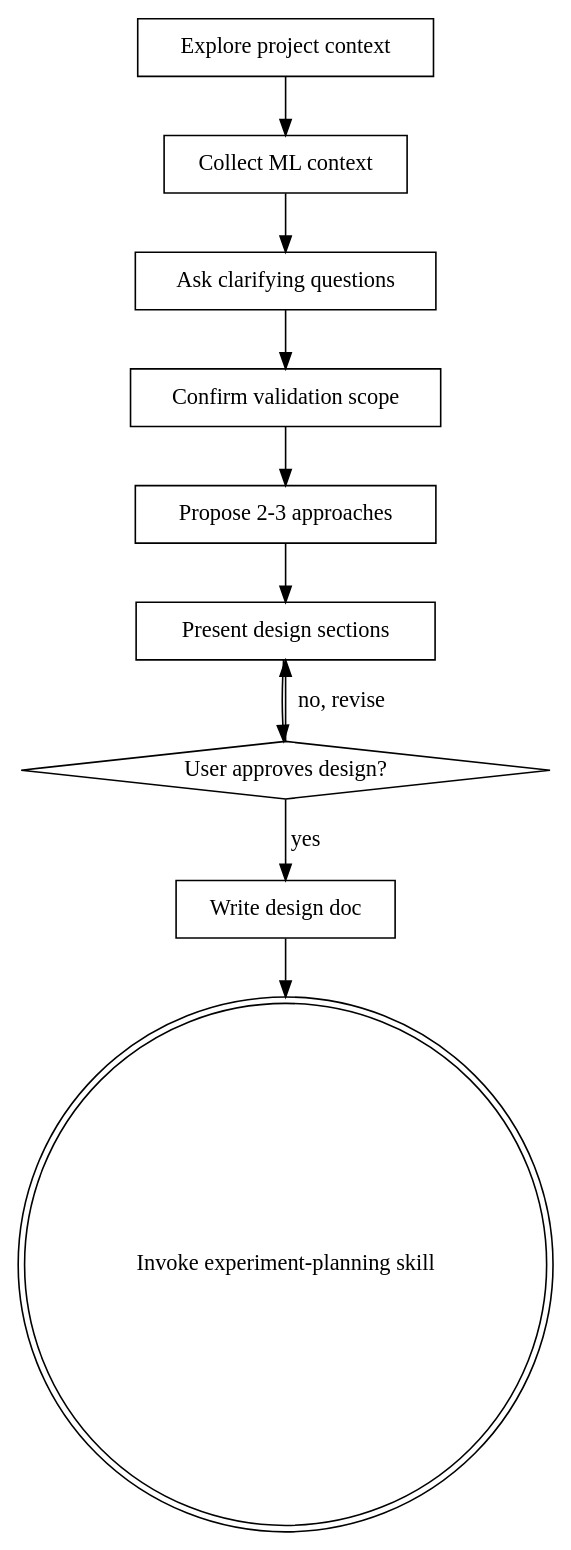
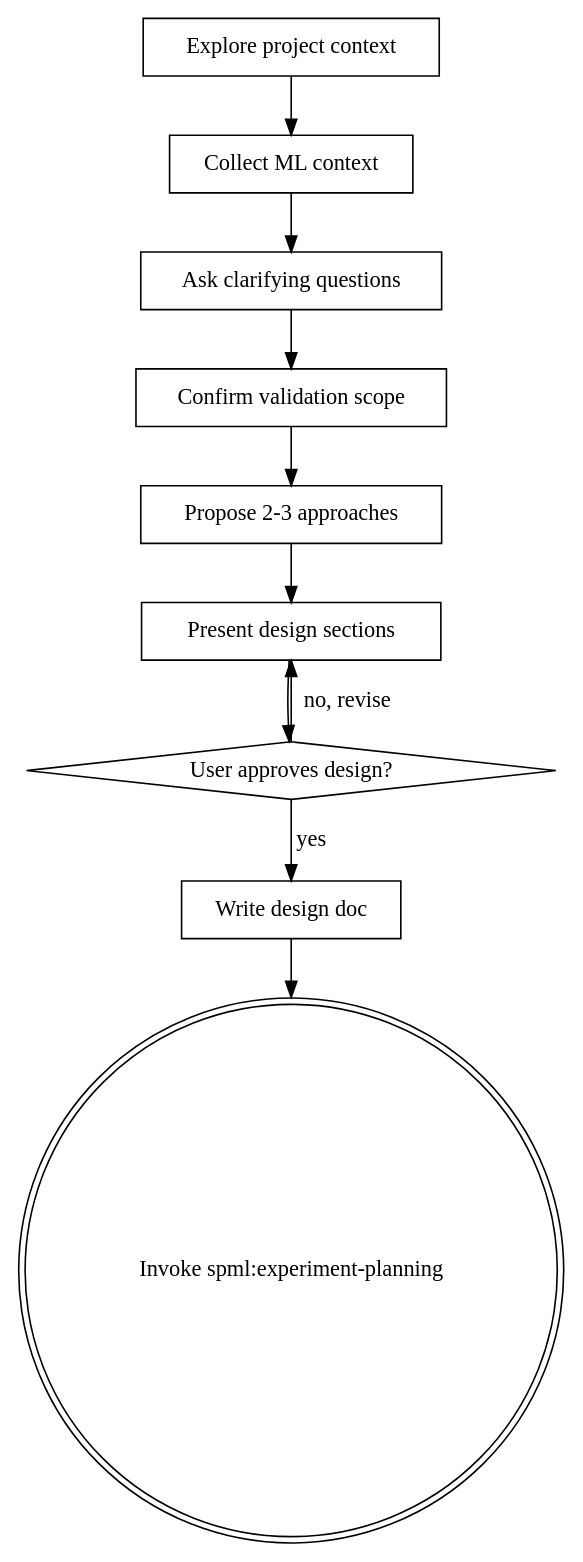
Before and after one commit to qqhard/superpowers-ML: the diagram in skills/brainstorming/SKILL.md, drawn with Graphviz. The commit also changed other lines of this file and 3 other files, not shown here.

First line of the commit message:
fix: add spml: prefix to all skill invocation references

````diff
--- a/skills/brainstorming/SKILL.md
+++ b/skills/brainstorming/SKILL.md
@@ -39,23 +39,23 @@
 ```dot
 digraph ml_brainstorming {
     "Explore project context" [shape=box];
     "Collect ML context" [shape=box];
     "Ask clarifying questions" [shape=box];
     "Confirm validation scope" [shape=box];
     "Propose 2-3 approaches" [shape=box];
     "Present design sections" [shape=box];
     "User approves design?" [shape=diamond];
     "Write design doc" [shape=box];
-    "Invoke experiment-planning skill" [shape=doublecircle];
+    "Invoke spml:experiment-planning" [shape=doublecircle];
 
     "Explore project context" -> "Collect ML context";
     "Collect ML context" -> "Ask clarifying questions";
     "Ask clarifying questions" -> "Confirm validation scope";
     "Confirm validation scope" -> "Propose 2-3 approaches";
     "Propose 2-3 approaches" -> "Present design sections";
     "Present design sections" -> "User approves design?";
     "User approves design?" -> "Present design sections" [label="no, revise"];
     "User approves design?" -> "Write design doc" [label="yes"];
-    "Write design doc" -> "Invoke experiment-planning skill";
+    "Write design doc" -> "Invoke spml:experiment-planning";
 }
 ```
````
